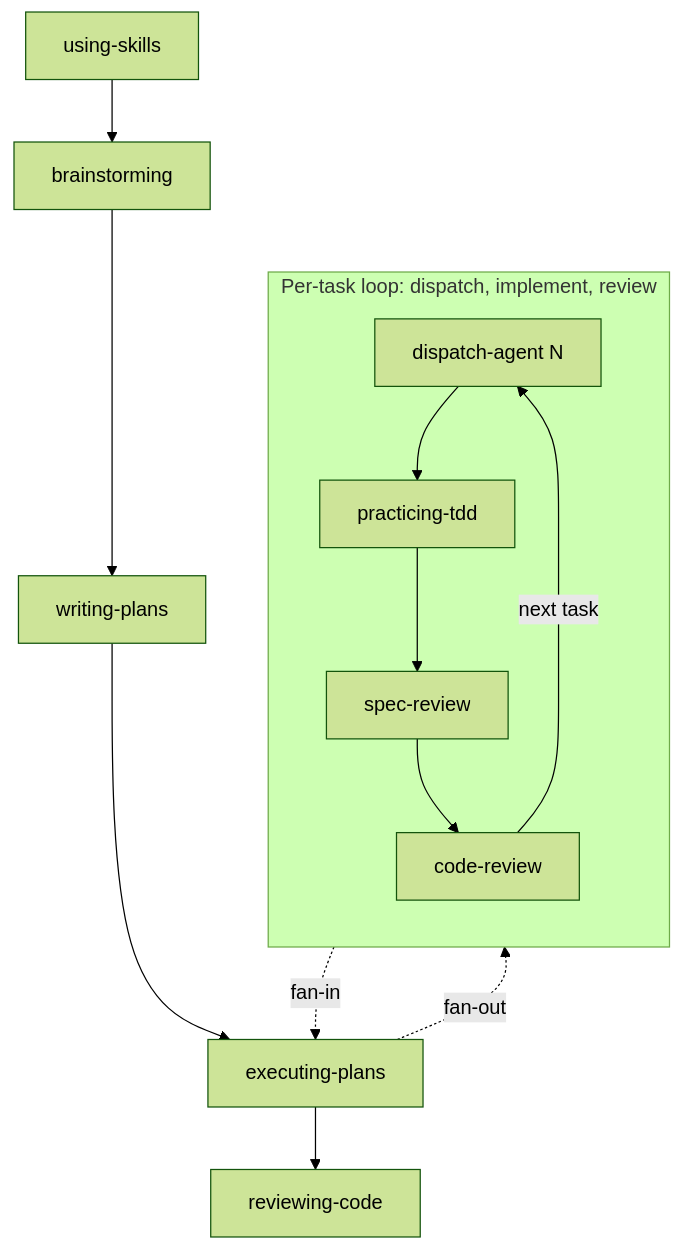
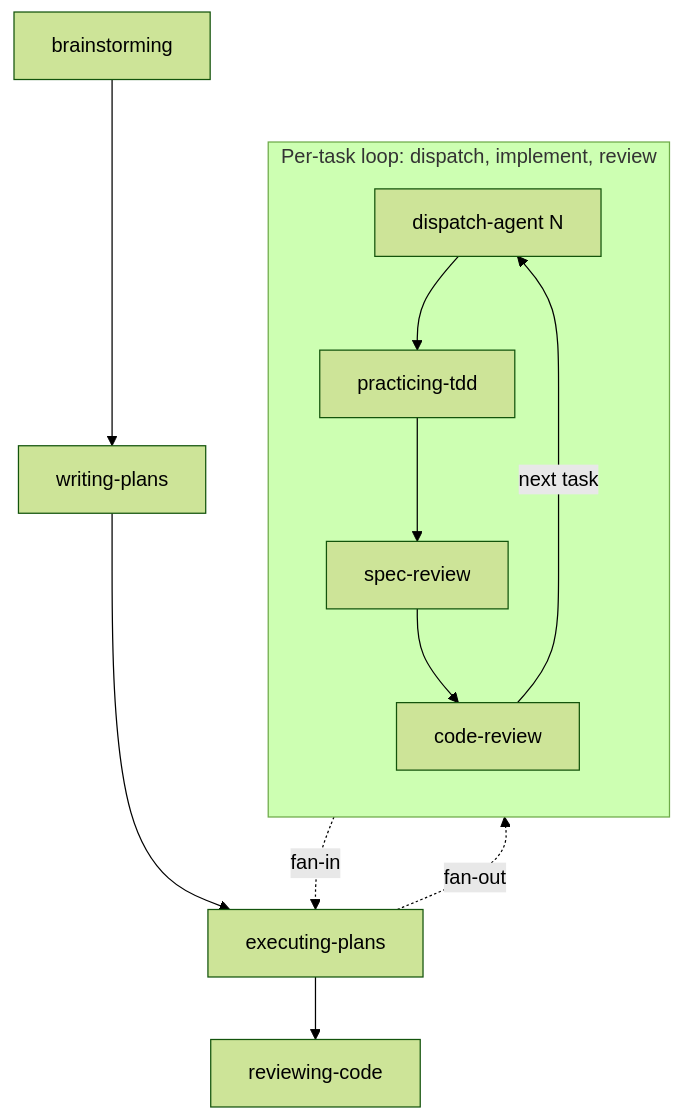
The diagram in README.md (MarcosX/kiss-agentic-development), drawn with Mermaid (forest theme) before and after one commit. The commit also changed other lines of this file and 9 other files, not shown here.

First line of the commit message:
refactor: convert using-skills from a skill into a global instruction

````diff
--- a/README.md
+++ b/README.md
@@ -25,18 +26,17 @@
 ```mermaid
 flowchart TB
-    A[using-skills] --> B[brainstorming]
-    B --> C[writing-plans]
+    B[brainstorming] --> C[writing-plans]
     C --> D[executing-plans]
 
     subgraph "Per-task loop: dispatch, implement, review"
         direction TB
         E[dispatch-agent N] --> F[practicing-tdd]
         F --> G[spec-review]
         G --> H[code-review]
         H -->|next task| E
     end
 
     D -.->|fan-out| E
     H -.->|fan-in| D
     D --> I[reviewing-code]
 ```
````
